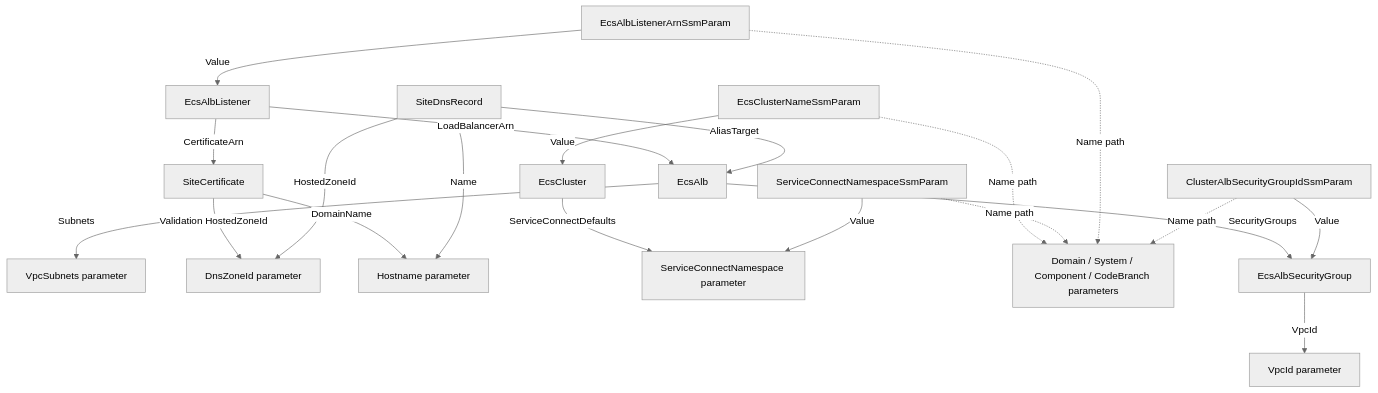
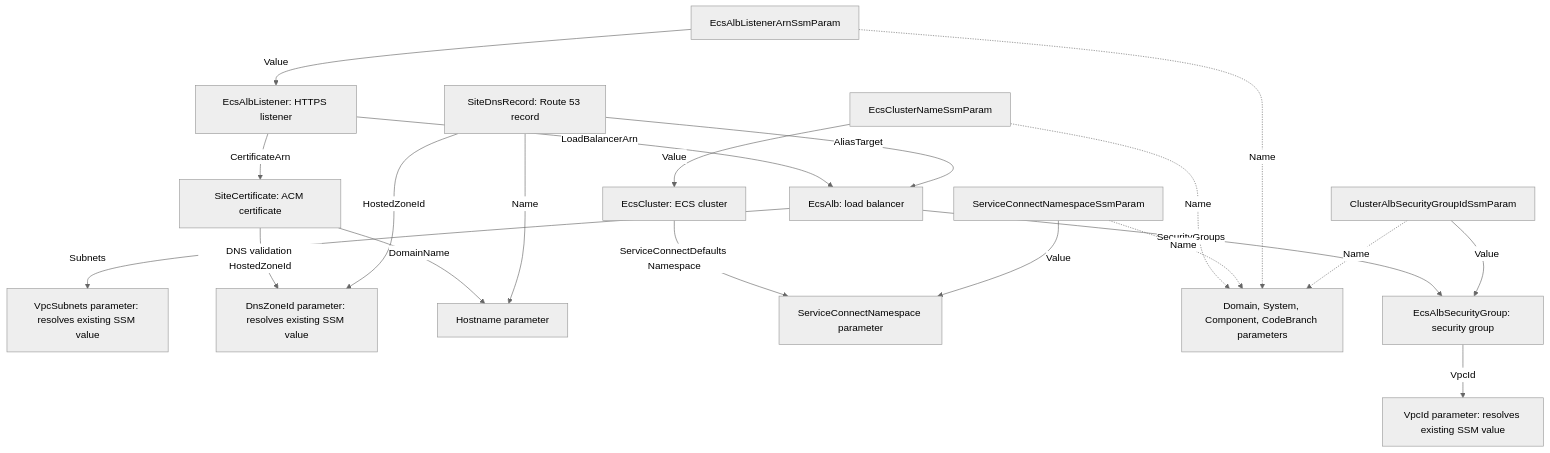
One commit to ServerlessOpsIO/backstage-aws-sam-ecs-template changed the seventh of 8 diagrams in cluster/skeleton/docs/handbook/04-architecture.md. Above: the diagram before and after it, drawn with Mermaid (neutral theme). The commit also changed other lines of this file and 7 other files, not shown here.

````diff
--- a/cluster/skeleton/docs/handbook/04-architecture.md
+++ b/cluster/skeleton/docs/handbook/04-architecture.md
@@ -129,39 +221,39 @@
 ```mermaid
 flowchart TD
-    VpcId["VpcId parameter"]
-    Subnets["VpcSubnets parameter"]
-    ZoneId["DnsZoneId parameter"]
+    VpcId["VpcId parameter: resolves existing SSM value"]
+    Subnets["VpcSubnets parameter: resolves existing SSM value"]
+    ZoneId["DnsZoneId parameter: resolves existing SSM value"]
     Hostname["Hostname parameter"]
     NamespaceParam["ServiceConnectNamespace parameter"]
-    Path["Domain / System / Component / CodeBranch parameters"]
-    Cluster["EcsCluster"]
-    SG["EcsAlbSecurityGroup"]
-    ALB["EcsAlb"]
-    Listener["EcsAlbListener"]
-    Cert["SiteCertificate"]
-    Record["SiteDnsRecord"]
+    Path["Domain, System, Component, CodeBranch parameters"]
+    Cluster["EcsCluster: ECS cluster"]
+    SG["EcsAlbSecurityGroup: security group"]
+    ALB["EcsAlb: load balancer"]
+    Listener["EcsAlbListener: HTTPS listener"]
+    Certificate["SiteCertificate: ACM certificate"]
+    Record["SiteDnsRecord: Route 53 record"]
     ClusterSsm["EcsClusterNameSsmParam"]
     NamespaceSsm["ServiceConnectNamespaceSsmParam"]
     ListenerSsm["EcsAlbListenerArnSsmParam"]
     SgSsm["ClusterAlbSecurityGroupIdSsmParam"]
 
-    Cluster -->|"ServiceConnectDefaults"| NamespaceParam
+    Cluster -->|"ServiceConnectDefaults Namespace"| NamespaceParam
     SG -->|"VpcId"| VpcId
     ALB -->|"Subnets"| Subnets
     ALB -->|"SecurityGroups"| SG
     Listener -->|"LoadBalancerArn"| ALB
-    Listener -->|"CertificateArn"| Cert
-    Cert -->|"DomainName"| Hostname
-    Cert -->|"Validation HostedZoneId"| ZoneId
+    Listener -->|"CertificateArn"| Certificate
+    Certificate -->|"DomainName"| Hostname
+    Certificate -->|"DNS validation HostedZoneId"| ZoneId
     Record -->|"Name"| Hostname
     Record -->|"HostedZoneId"| ZoneId
     Record -->|"AliasTarget"| ALB
     ClusterSsm -->|"Value"| Cluster
     NamespaceSsm -->|"Value"| NamespaceParam
     ListenerSsm -->|"Value"| Listener
     SgSsm -->|"Value"| SG
-    ClusterSsm -.->|"Name path"| Path
-    NamespaceSsm -.->|"Name path"| Path
-    ListenerSsm -.->|"Name path"| Path
-    SgSsm -.->|"Name path"| Path
+    ClusterSsm -.->|"Name"| Path
+    NamespaceSsm -.->|"Name"| Path
+    ListenerSsm -.->|"Name"| Path
+    SgSsm -.->|"Name"| Path
 ```
````
